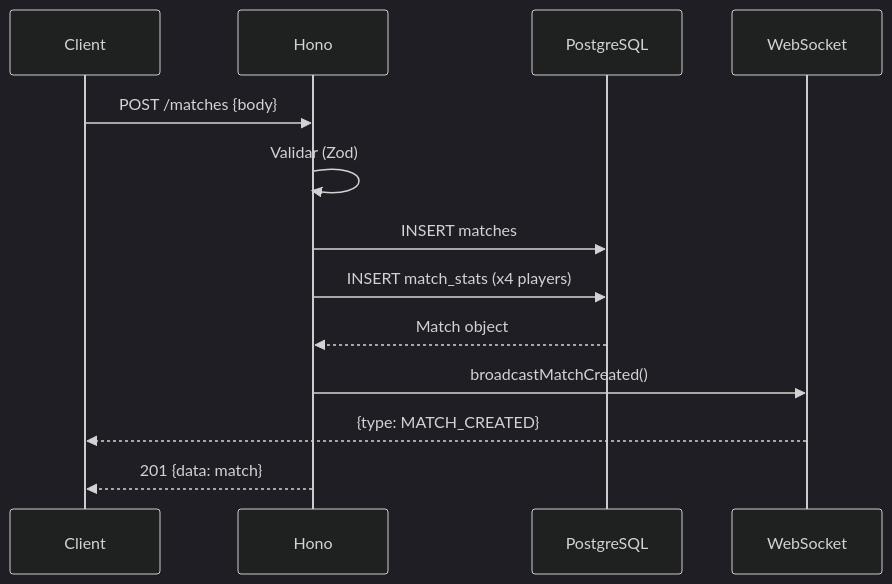
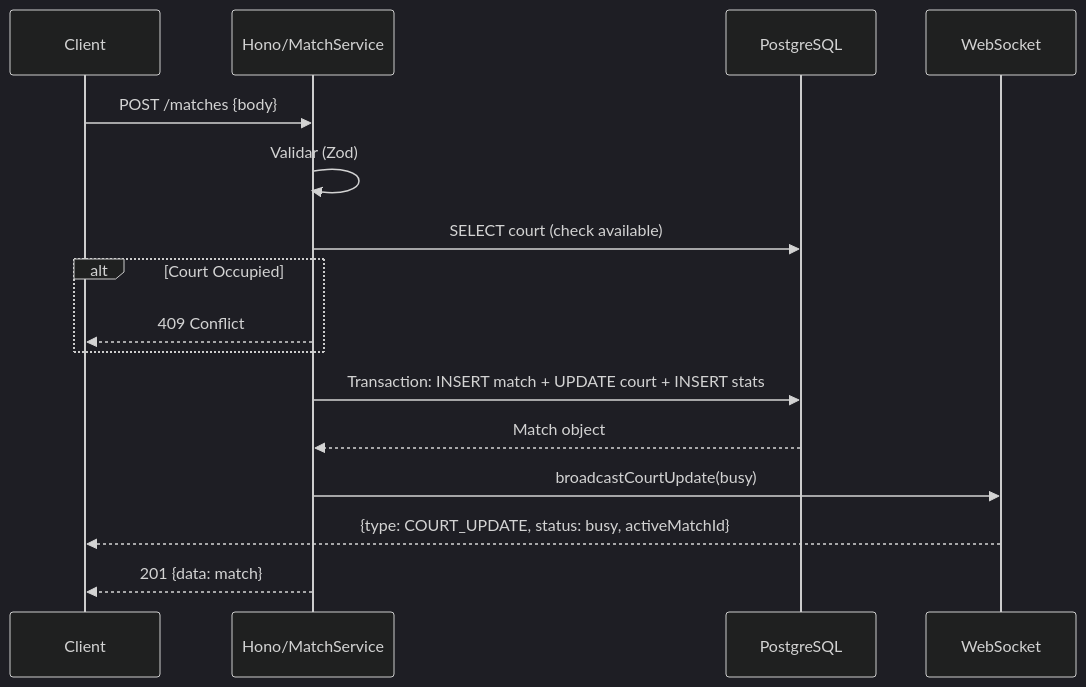
One commit to samuhlo-training/padelcourts_front changed the third of 7 diagrams in docs/backend/CURRENT_STATE_DOCS.md. Above: the diagram before and after it, drawn with Mermaid (dark theme). The commit also changed other lines of this file and 37 other files, not shown here.

Commit message:
feat: Introduce detailed match history and player statistics pages, refactor court and match data handling, and update backend documentation.

````diff
--- a/docs/backend/CURRENT_STATE_DOCS.md
+++ b/docs/backend/CURRENT_STATE_DOCS.md
@@ -139,16 +139,19 @@
 ```mermaid
 sequenceDiagram
     participant C as Client
-    participant H as Hono
+    participant H as Hono/MatchService
     participant DB as PostgreSQL
     participant WS as WebSocket
 
     C->>H: POST /matches {body}
     H->>H: Validar (Zod)
-    H->>DB: INSERT matches
-    H->>DB: INSERT match_stats (x4 players)
+    H->>DB: SELECT court (check available)
+    alt Court Occupied
+        H-->>C: 409 Conflict
+    end
+    H->>DB: Transaction: INSERT match + UPDATE court + INSERT stats
     DB-->>H: Match object
-    H->>WS: broadcastMatchCreated()
-    WS-->>C: {type: MATCH_CREATED}
+    H->>WS: broadcastCourtUpdate(busy)
+    WS-->>C: {type: COURT_UPDATE, status: busy, activeMatchId}
     H-->>C: 201 {data: match}
 ```
````
